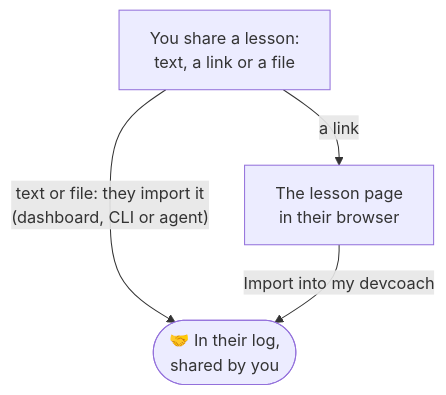
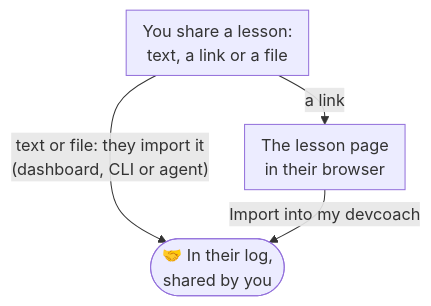
The diagram in docs/usage/sharing.md (UltimaPhoenix/dev-coach), drawn with Mermaid before and after one commit. The commit also changed other lines of this file, not shown here.

````diff
--- a/docs/usage/sharing.md
+++ b/docs/usage/sharing.md
@@ -23,7 +23,13 @@
 ```mermaid
+---
+config:
+  flowchart:
+    rankSpacing: 24
+    padding: 8
+---
 flowchart TD
     A["You share a lesson:<br/>text, a link or a file"]:::primary
     A -->|"a link"| B["The lesson page<br/>in their browser"]
     A -->|"text or file: they import it<br/>(dashboard, CLI or agent)"| C(["🤝 In their log,<br/>shared by you"])
     B -->|"Import into my devcoach"| C
 ```
````
